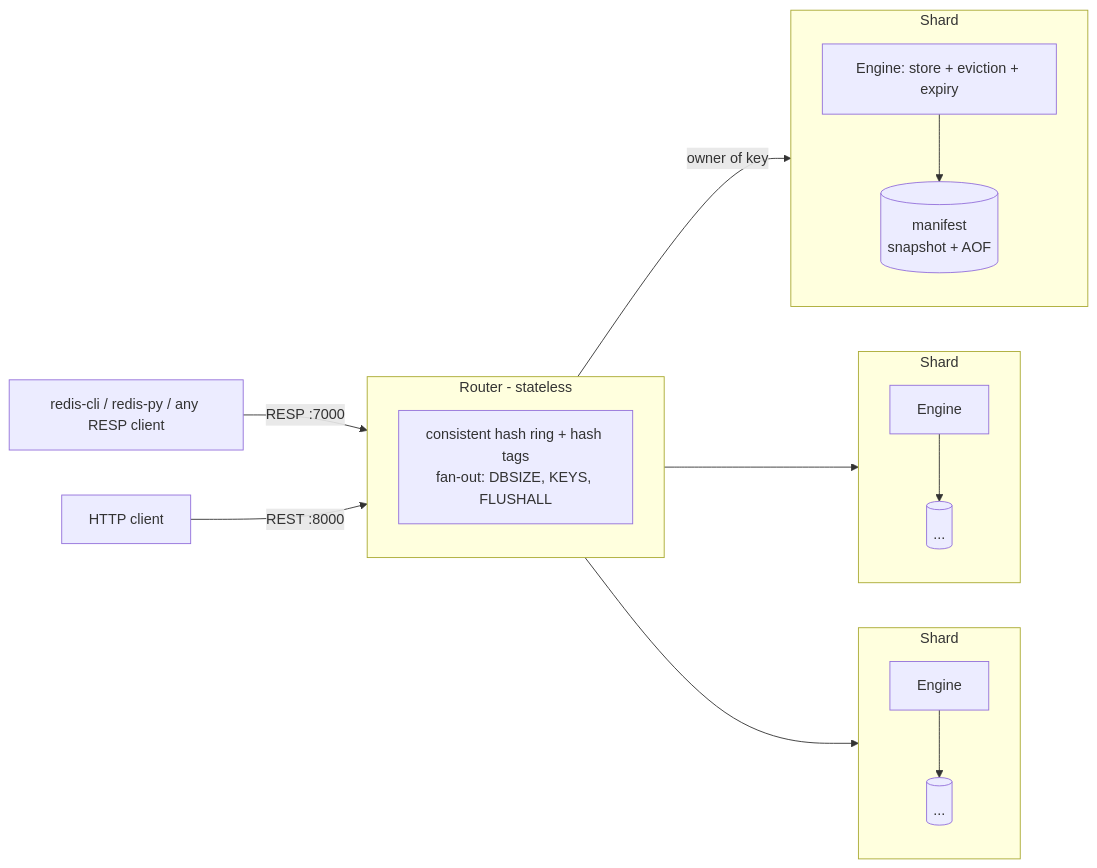
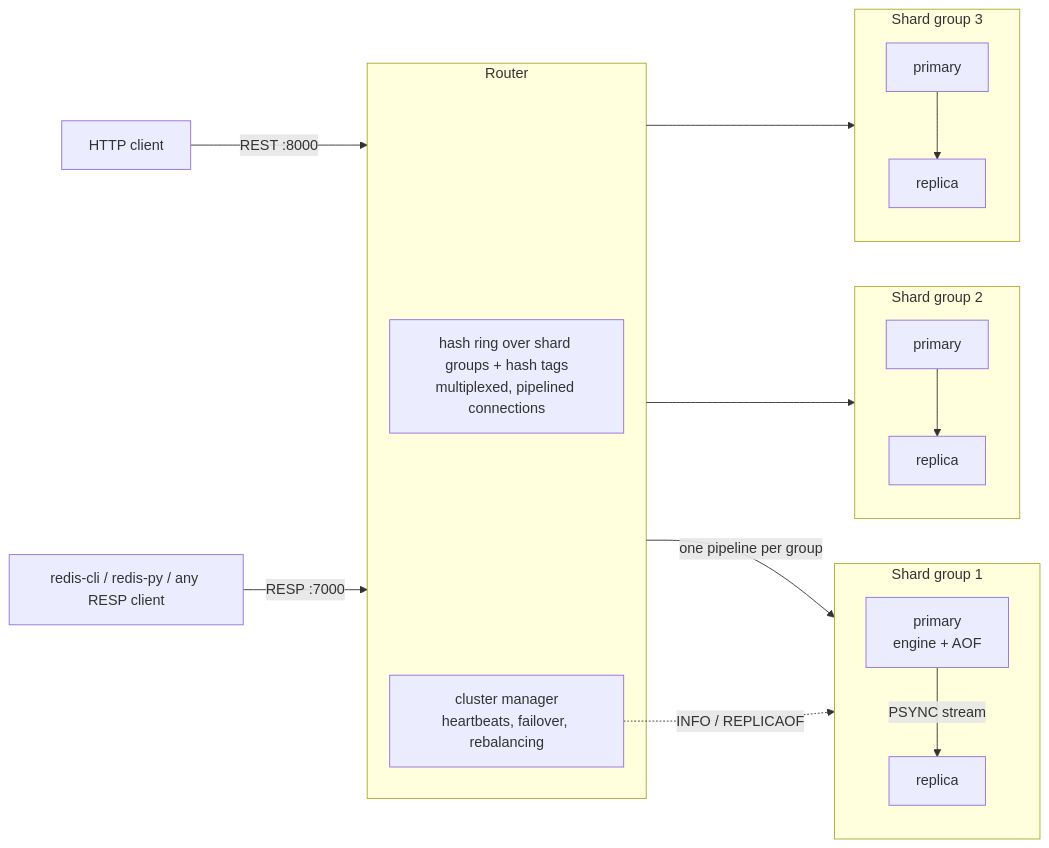
The diagram in README.md (TejasKhilare/Redis-like-DataStorage), drawn with Mermaid before and after one commit. The commit also changed other lines of this file and 8 other files, not shown here.

First line of the commit message:
Document Phase 4: ADRs 0008-0011, benchmarks, README, roadmap

````diff
--- a/README.md
+++ b/README.md
@@ -21,20 +25,22 @@
 ```mermaid
 flowchart LR
     C1[redis-cli / redis-py / any RESP client] -->|RESP :7000| R
     C2[HTTP client] -->|REST :8000| R
-    subgraph R[Router - stateless]
-      HR[consistent hash ring + hash tags<br/>fan-out: DBSIZE, KEYS, FLUSHALL]
+    subgraph R[Router]
+      HR[hash ring over shard groups + hash tags<br/>multiplexed, pipelined connections]
+      M[cluster manager<br/>heartbeats, failover, rebalancing]
     end
-    R -->|owner of key| S1
-    R --> S2
-    R --> S3
-    subgraph S1[Shard]
-      E1[Engine: store + eviction + expiry] --> P1[(manifest<br/>snapshot + AOF)]
+    R -->|one pipeline per group| G1
+    R --> G2
+    R --> G3
+    M -. INFO / REPLICAOF .-> G1
+    subgraph G1[Shard group 1]
+      P1[primary<br/>engine + AOF] -->|PSYNC stream| RP1[replica]
     end
-    subgraph S2[Shard]
-      E2[Engine] --> P2[(...)]
+    subgraph G2[Shard group 2]
+      P2[primary] --> RP2[replica]
     end
-    subgraph S3[Shard]
-      E3[Engine] --> P3[(...)]
+    subgraph G3[Shard group 3]
+      P3[primary] --> RP3[replica]
     end
 ```
````
